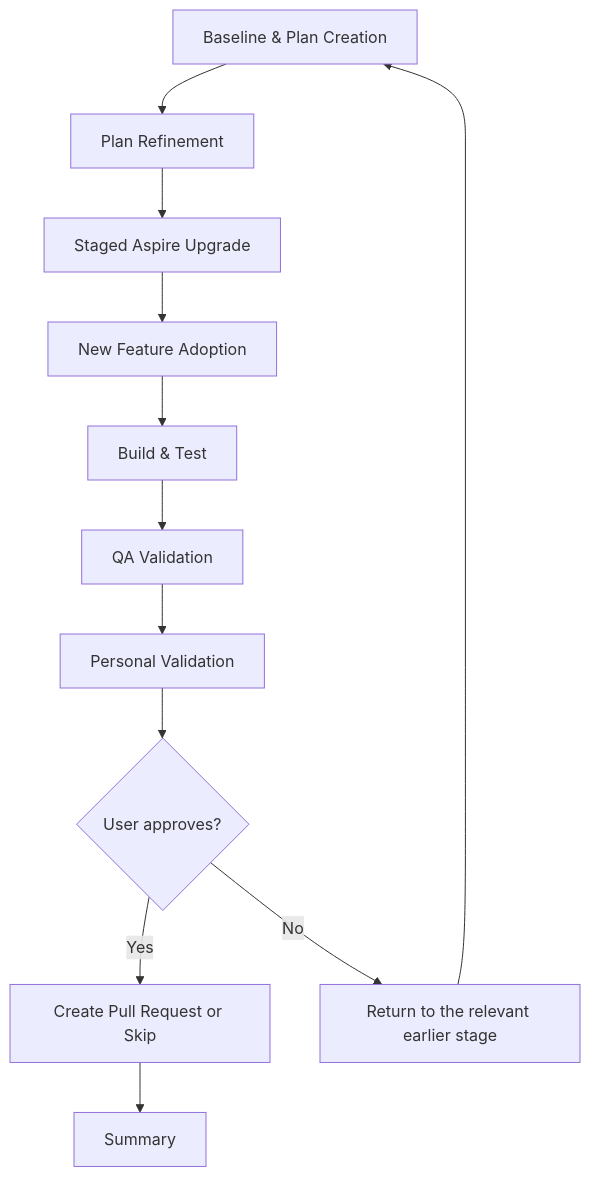
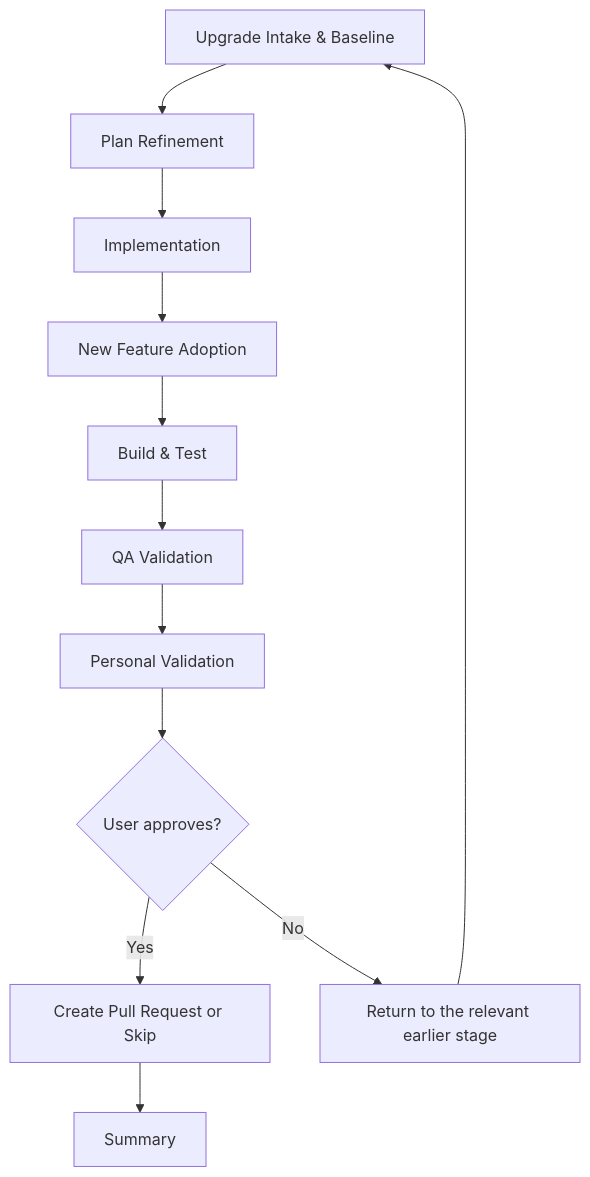
The fifth of 14 diagrams in plugins/copilot-app/resources/orchestration-flow-diagrams.md (JSdotNet/Copilot), drawn with Mermaid before and after one commit. The commit also changed other lines of this file and 19 other files, not shown here.

````diff
--- a/plugins/copilot-app/resources/orchestration-flow-diagrams.md
+++ b/plugins/copilot-app/resources/orchestration-flow-diagrams.md
@@ -78,14 +127,14 @@
 ```mermaid
 flowchart TD
-    A["Baseline & Plan Creation"] --> B["Plan Refinement"]
-    B --> C["Staged Aspire Upgrade"]
+    A["Upgrade Intake & Baseline"] --> B["Plan Refinement"]
+    B --> C["Implementation"]
     C --> D["New Feature Adoption"]
     D --> E["Build & Test"]
     E --> F["QA Validation"]
     F --> G["Personal Validation"]
     G --> H{User approves?}
     H -->|Yes| I["Create Pull Request or Skip"]
     H -->|No| J["Return to the relevant earlier stage"]
     J --> A
     I --> K["Summary"]
 ```
````
